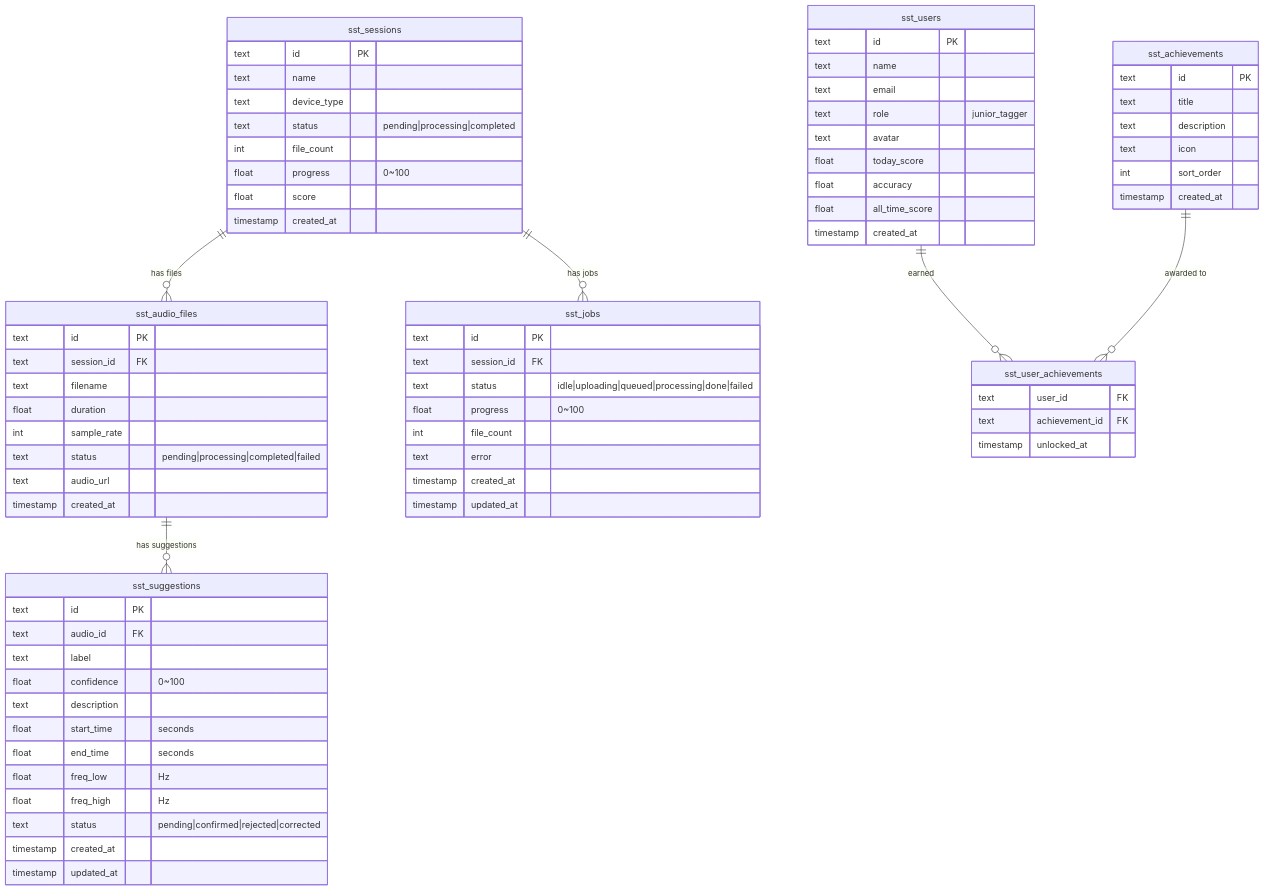
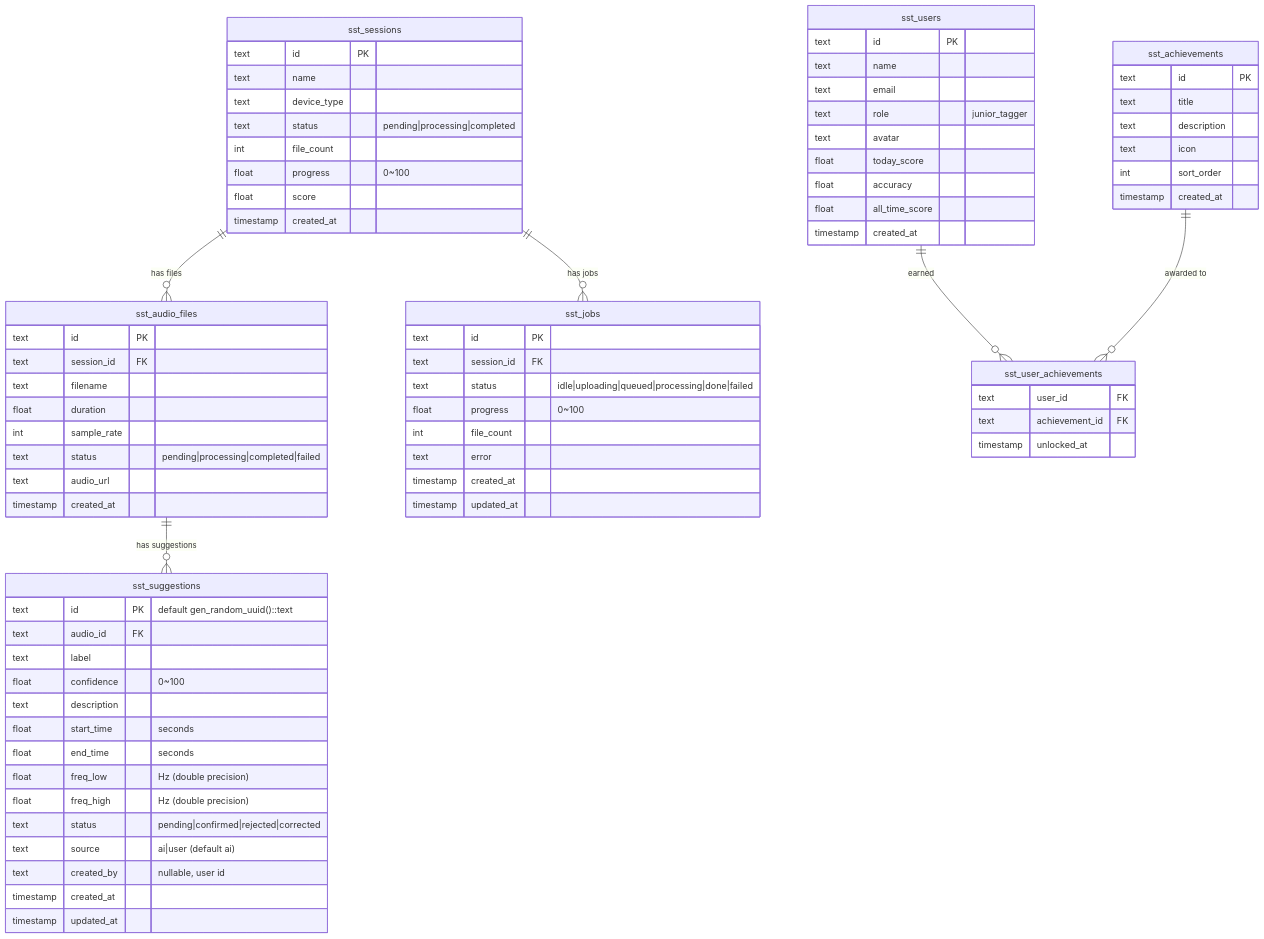
Before and after one commit to kimjuyoung1127/GameLab: the third of 10 diagrams in docs/architecture-diagrams.md, drawn with Mermaid. The commit also changed other lines of this file and 1 other file, not shown here.

First line of the commit message:
docs: 세션 로그 + 아키텍처 다이어그램 업데이트 (제안 수정/삭제 반영)

```diff
--- a/docs/architecture-diagrams.md
+++ b/docs/architecture-diagrams.md
@@ -144,16 +146,18 @@
   }
 
   sst_suggestions {
-    text id PK
+    text id PK "default gen_random_uuid()::text"
     text audio_id FK
     text label
     float confidence "0~100"
     text description
     float start_time "seconds"
     float end_time "seconds"
-    float freq_low "Hz"
-    float freq_high "Hz"
+    float freq_low "Hz (double precision)"
+    float freq_high "Hz (double precision)"
     text status "pending|confirmed|rejected|corrected"
+    text source "ai|user (default ai)"
+    text created_by "nullable, user id"
     timestamp created_at
     timestamp updated_at
   }
```
